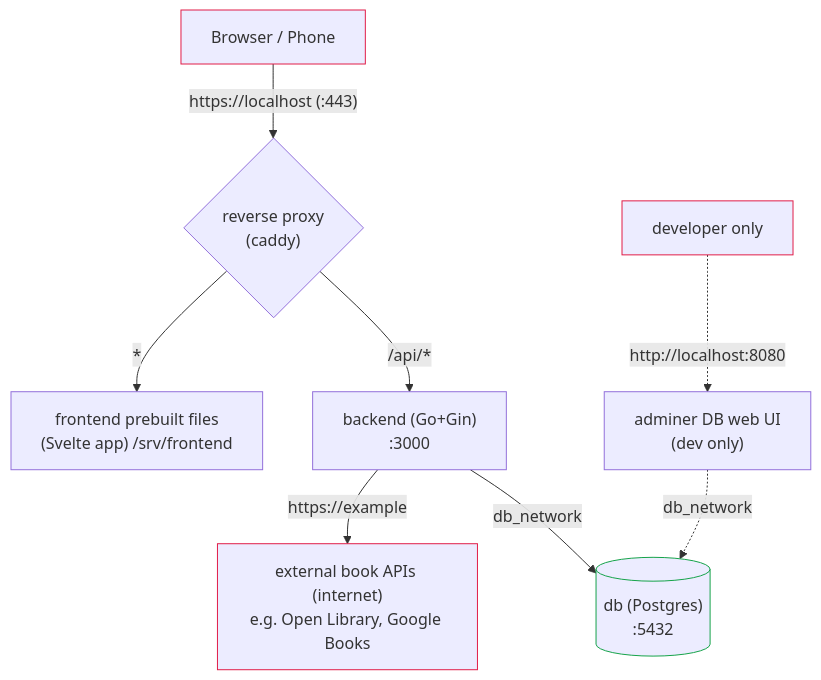
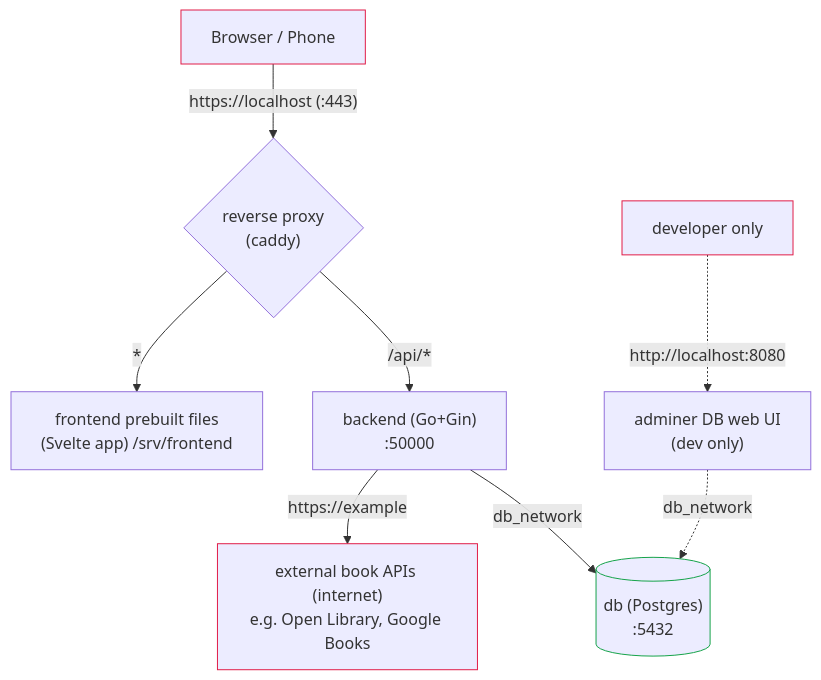
One commit to BookWurms/bookWurms changed the diagram in docs/server-structure.md. Above: the diagram before and after it, drawn with Mermaid. The commit also changed 10 other files, not shown here.

````diff
--- a/docs/server-structure.md
+++ b/docs/server-structure.md
@@ -3,30 +3,30 @@
 ```mermaid
 flowchart TD
 
     client["Browser / Phone"]
     developer["developer only"]
     externalAPIs["external book APIs (internet)<br/>e.g. Open Library, Google Books"]
 
     caddy{"reverse proxy <br/>(caddy)"}
     frontend["frontend prebuilt files<br/> (Svelte app) /srv/frontend"]
-    backend["backend (Go+Gin)<br/>:3000"]
+    backend["backend (Go+Gin)<br/>:50000"]
     adminer["adminer DB web UI<br/>(dev only)"]
 
     db[("db (Postgres)<br/>:5432")]
 
     client 		-- "https://localhost (:443)" 	-->	caddy
     caddy 		-- "*" 							-->	frontend
     caddy 		-- "/api/*" 					-->	backend
     developer	-. "http://localhost:8080" 		.->	adminer
 	backend 	-- "https://example" 			-->	externalAPIs
     backend 	-- "db_network" 				-->	db
     adminer 	-. "db_network" 				.->	db
 
 
 	style developer 	stroke:#e11d48
 	style client 		stroke:#e11d48
 	style externalAPIs 	stroke:#e11d48
 	
 	style db 			stroke:#16a34a
 
 ```
````
